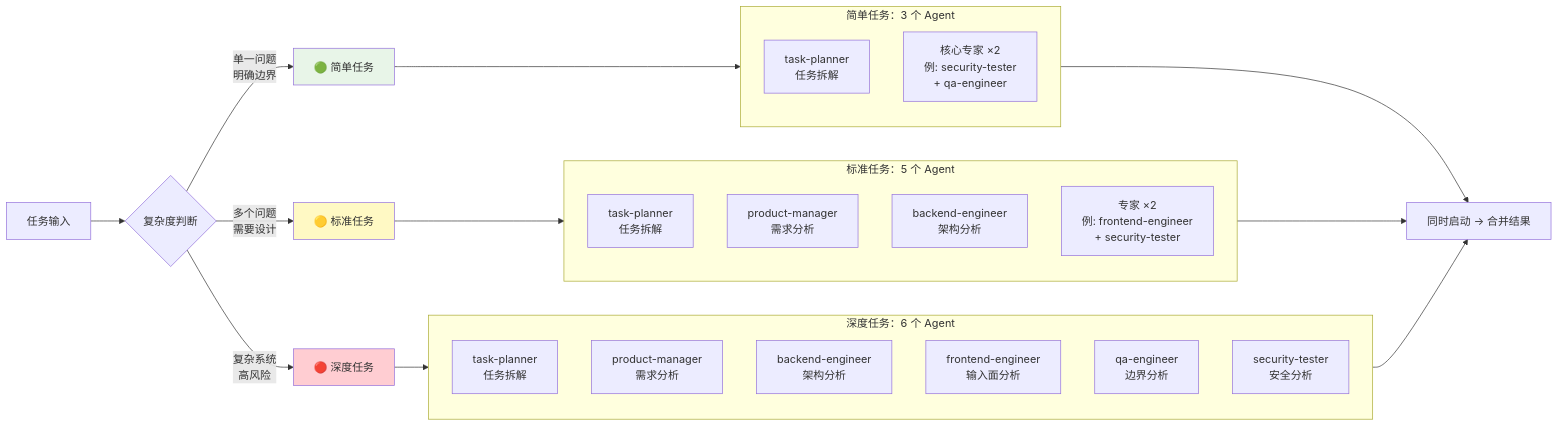
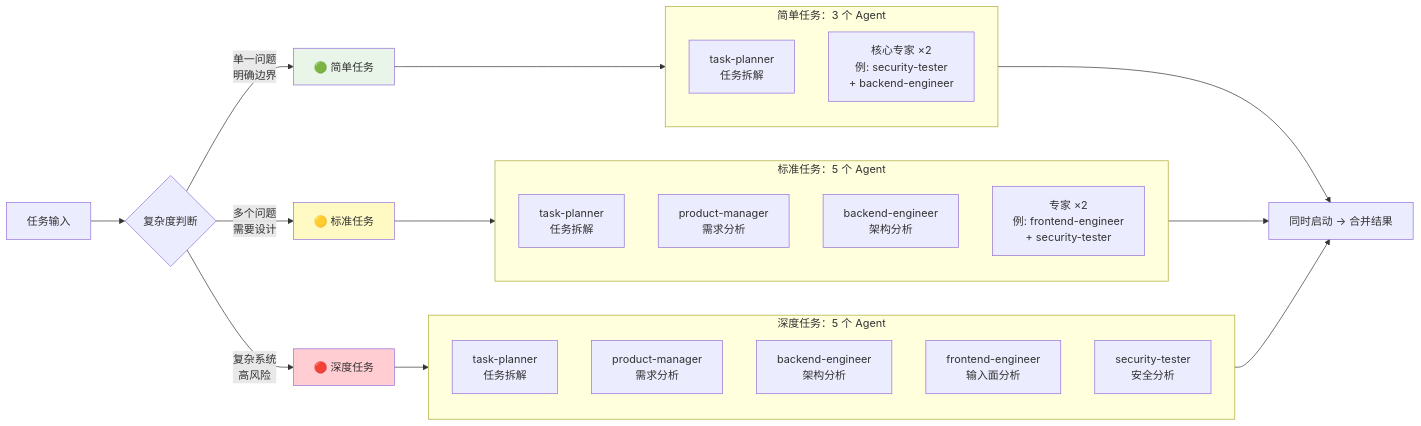
One commit to xxipv6/claudeSandBox changed the second of 7 diagrams in ARCHITECTURE.md. Above: the diagram before and after it, drawn with Mermaid. The commit also changed other lines of this file and 12 other files, not shown here.

````diff
--- a/ARCHITECTURE.md
+++ b/ARCHITECTURE.md
@@ -113,41 +112,40 @@
 ```mermaid
 flowchart LR
     Input[任务输入] --> Check{复杂度判断}
 
     Check -->|单一问题<br/>明确边界| SimpleLevel[🟢 简单任务]
     Check -->|多个问题<br/>需要设计| StandardLevel[🟡 标准任务]
     Check -->|复杂系统<br/>高风险| DeepLevel[🔴 深度任务]
 
     subgraph SimpleAgents["简单任务：3 个 Agent"]
         S1[task-planner<br/>任务拆解]
-        S2[核心专家 ×2<br/>例: security-tester<br/>+ qa-engineer]
+        S2[核心专家 ×2<br/>例: security-tester<br/>+ backend-engineer]
     end
 
     subgraph StandardAgents["标准任务：5 个 Agent"]
         ST1[task-planner<br/>任务拆解]
         ST2[product-manager<br/>需求分析]
         ST3[backend-engineer<br/>架构分析]
         ST4[专家 ×2<br/>例: frontend-engineer<br/>+ security-tester]
     end
 
-    subgraph DeepAgents["深度任务：6 个 Agent"]
+    subgraph DeepAgents["深度任务：5 个 Agent"]
         D1[task-planner<br/>任务拆解]
         D2[product-manager<br/>需求分析]
         D3[backend-engineer<br/>架构分析]
         D4[frontend-engineer<br/>输入面分析]
-        D5[qa-engineer<br/>边界分析]
-        D6[security-tester<br/>安全分析]
+        D5[security-tester<br/>安全分析]
     end
 
     SimpleLevel --> SimpleAgents
     StandardLevel --> StandardAgents
     DeepLevel --> DeepAgents
 
     SimpleAgents --> Output[同时启动 → 合并结果]
     StandardAgents --> Output
     DeepAgents --> Output
 
     style SimpleLevel fill:#e8f5e8
     style StandardLevel fill:#fff9c4
     style DeepLevel fill:#ffcdd2
 ```
````
